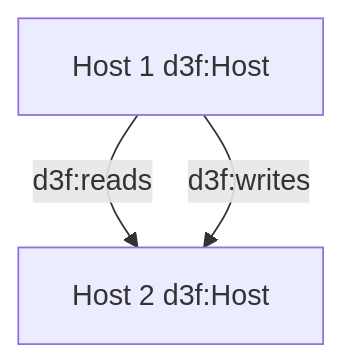
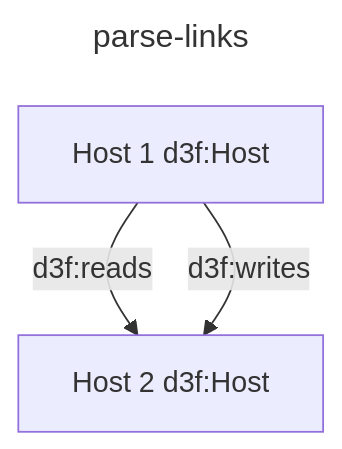
Diagram 11 of 15 in app/src/data/examples/testcases.md (ioggstream/d3sign), drawn with Mermaid before and after one commit. The commit also changed other lines of this file and 8 other files, not shown here.

Commit message:
Fix: #6. Diagram titles.

````diff
--- a/app/src/data/examples/testcases.md
+++ b/app/src/data/examples/testcases.md
@@ -322,13 +346,14 @@
 ```mermaid
 ---
 id: parse-links
+title: parse-links
 ---
 graph
 
 a[Host 1 d3f:Host]
 b[Host 2 d3f:Host]
 
 a -->|d3f:reads| b
 
 a-->|d3f:writes| b
 ```
````
